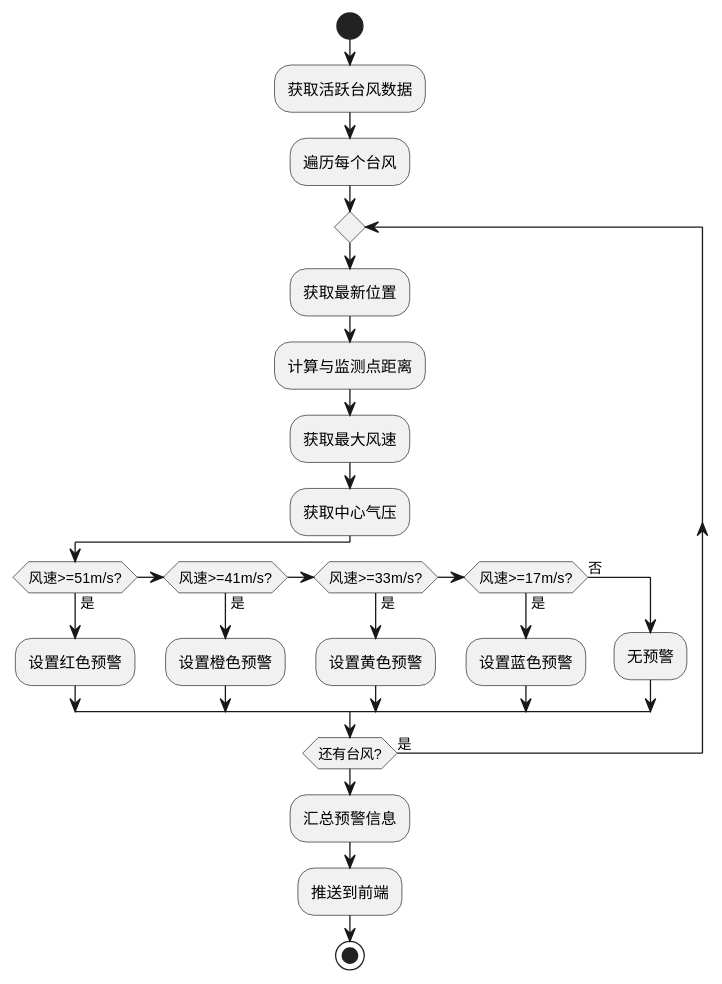
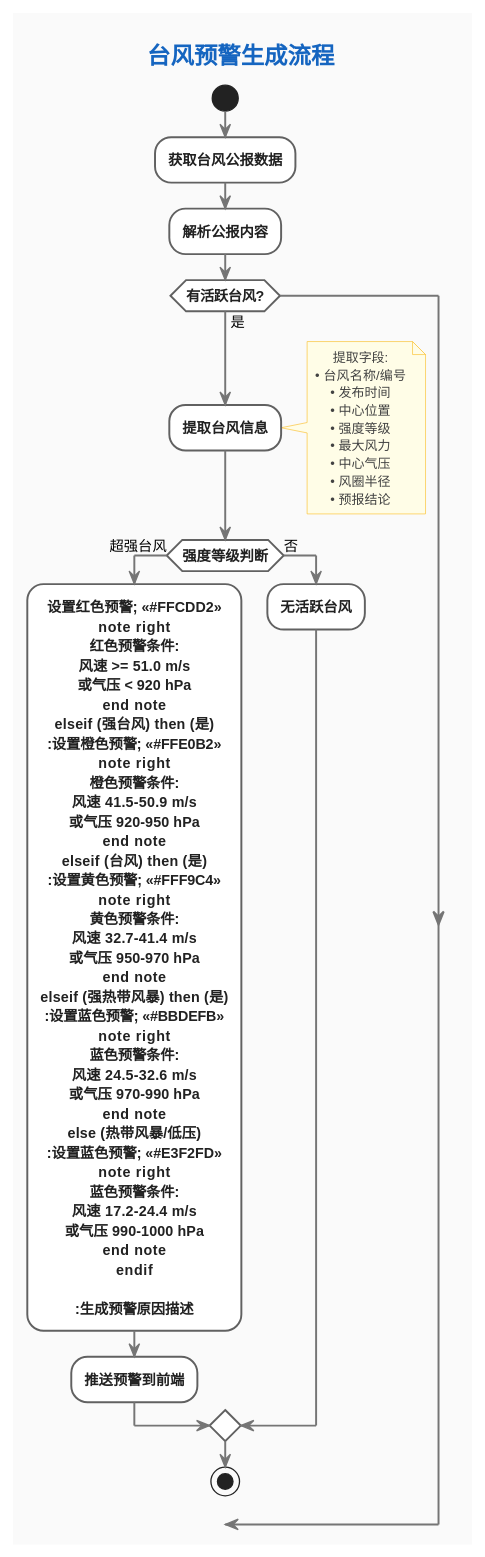
The ninth of 15 diagrams in docs/系统图表集.md (223nobody/TyphoonAnalysis), drawn with PlantUML before and after one commit. The commit also changed other lines of this file and 15 other files, not shown here.

Commit message:
feat:新增plantuml图表

````diff
--- a/docs/系统图表集.md
+++ b/docs/系统图表集.md
@@ -300,27 +1116,106 @@
 ```plantuml
 @startuml
+skinparam backgroundColor #FAFAFA
+skinparam defaultTextAlignment center
+
+skinparam activity {
+BackgroundColor #FFFFFF
+BorderColor #616161
+BorderThickness 1.5
+ArrowColor #757575
+ArrowThickness 1.5
+FontColor #212121
+FontSize 11
+FontStyle bold
+}
+
+skinparam diamond {
+BackgroundColor #FFF8E1
+BorderColor #F57C00
+BorderThickness 1.5
+FontColor #424242
+FontSize 11
+FontStyle bold
+}
+
+skinparam title {
+FontSize 18
+FontStyle bold
+FontColor #1565C0
+}
+
+skinparam note {
+BackgroundColor #FFFDE7
+BorderColor #FBC02D
+FontColor #424242
+FontSize 10
+}
+
+title 台风预警生成流程
+
 start
-:获取活跃台风数据;
-:遍历每个台风;
-repeat
-:获取最新位置;
-:计算与监测点距离;
-:获取最大风速;
-:获取中心气压;
-if (风速>=51m/s?) then (是)
-:设置红色预警;
-elseif (风速>=41m/s?) then (是)
-:设置橙色预警;
-elseif (风速>=33m/s?) then (是)
-:设置黄色预警;
-elseif (风速>=17m/s?) then (是)
-:设置蓝色预警;
+
+:获取台风公报数据;
+:解析公报内容;
+
+if (有活跃台风?) then (是)
+:提取台风信息;
+note right
+提取字段:
+• 台风名称/编号
+• 发布时间
+• 中心位置
+• 强度等级
+• 最大风力
+• 中心气压
+• 风圈半径
+• 预报结论
+end note
+
+if (强度等级判断) then (超强台风)
+:设置红色预警; <<#FFCDD2>>
+note right
+红色预警条件:
+风速 >= 51.0 m/s
+或气压 < 920 hPa
+end note
+elseif (强台风) then (是)
+:设置橙色预警; <<#FFE0B2>>
+note right
+橙色预警条件:
+风速 41.5-50.9 m/s
+或气压 920-950 hPa
+end note
+elseif (台风) then (是)
+:设置黄色预警; <<#FFF9C4>>
+note right
+黄色预警条件:
+风速 32.7-41.4 m/s
+或气压 950-970 hPa
+end note
+elseif (强热带风暴) then (是)
+:设置蓝色预警; <<#BBDEFB>>
+note right
+蓝色预警条件:
+风速 24.5-32.6 m/s
+或气压 970-990 hPa
+end note
+else (热带风暴/低压)
+:设置蓝色预警; <<#E3F2FD>>
+note right
+蓝色预警条件:
+风速 17.2-24.4 m/s
+或气压 990-1000 hPa
+end note
+endif
+
+:生成预警原因描述;
+:推送预警到前端;
 else (否)
-:无预警;
+:无活跃台风;
 endif
-repeat while (还有台风?) is (是)
-:汇总预警信息;
-:推送到前端;
+
 stop
+
 @enduml
 ```
````
